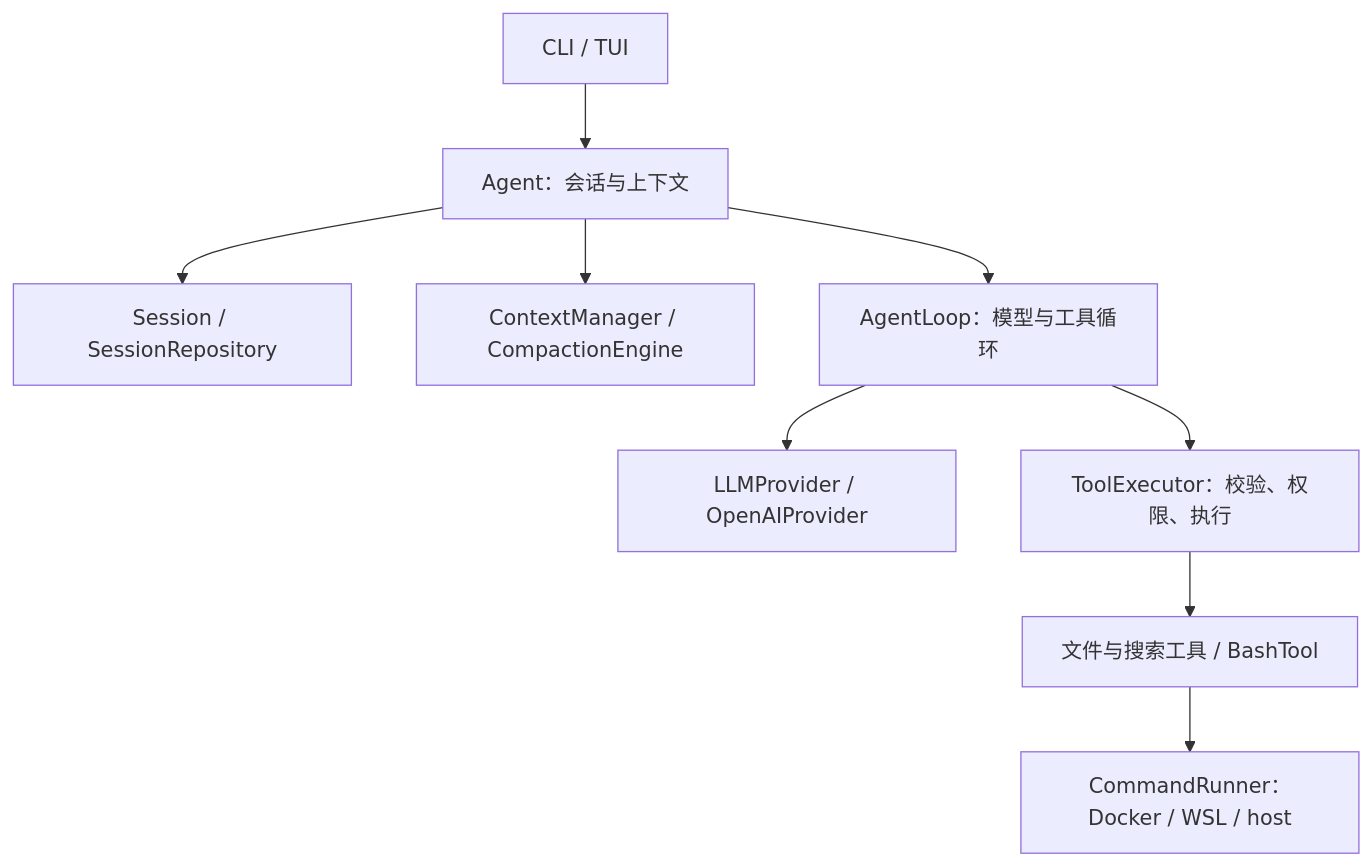
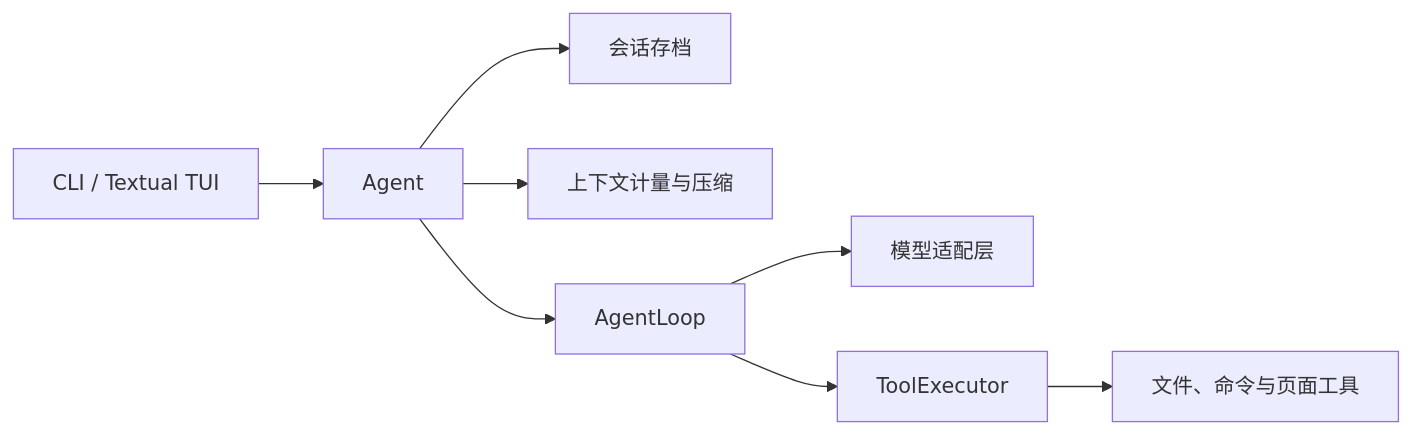
One commit to HHN224/agent_lite changed the diagram in README.md. Above: the diagram before and after it, drawn with Mermaid. The commit also changed other lines of this file and 1 other file, not shown here.

````diff
--- a/README.md
+++ b/README.md
@@ -338,11 +135,10 @@
 ```mermaid
-flowchart TD
-    UI[CLI / TUI] --> Agent[Agent：会话与上下文]
-    Agent --> Session[Session / SessionRepository]
-    Agent --> Context[ContextManager / CompactionEngine]
-    Agent --> Loop[AgentLoop：模型与工具循环]
-    Loop --> Provider[LLMProvider / OpenAIProvider]
-    Loop --> Executor[ToolExecutor：校验、权限、执行]
-    Executor --> Tools[文件与搜索工具 / BashTool]
-    Tools --> Runner[CommandRunner：Docker / WSL / host]
+flowchart LR
+    UI["CLI / Textual TUI"] --> Agent["Agent"]
+    Agent --> Session["会话存档"]
+    Agent --> Context["上下文计量与压缩"]
+    Agent --> Loop["AgentLoop"]
+    Loop --> Provider["模型适配层"]
+    Loop --> Executor["ToolExecutor"]
+    Executor --> Tools["文件、命令与页面工具"]
 ```
````
